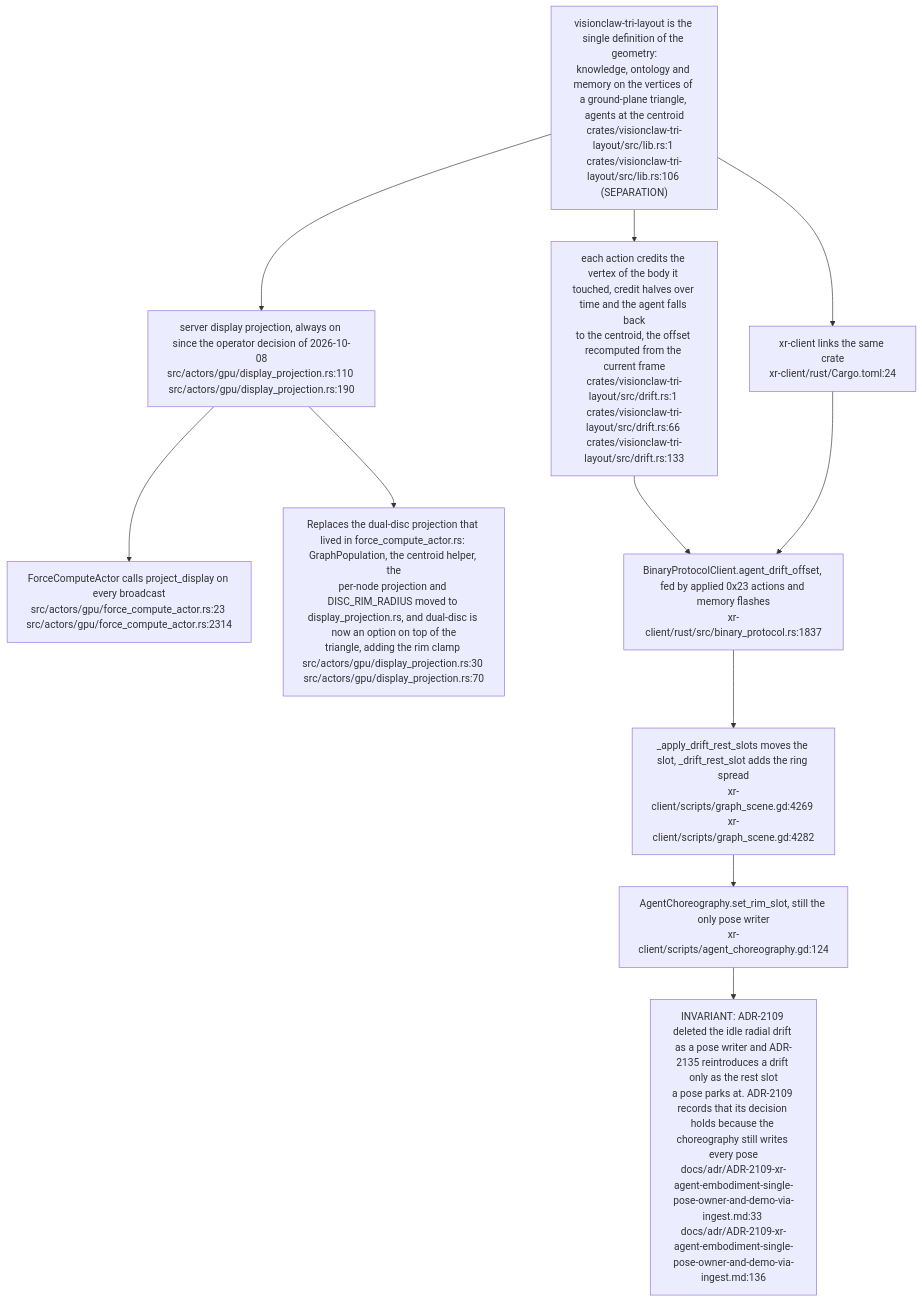
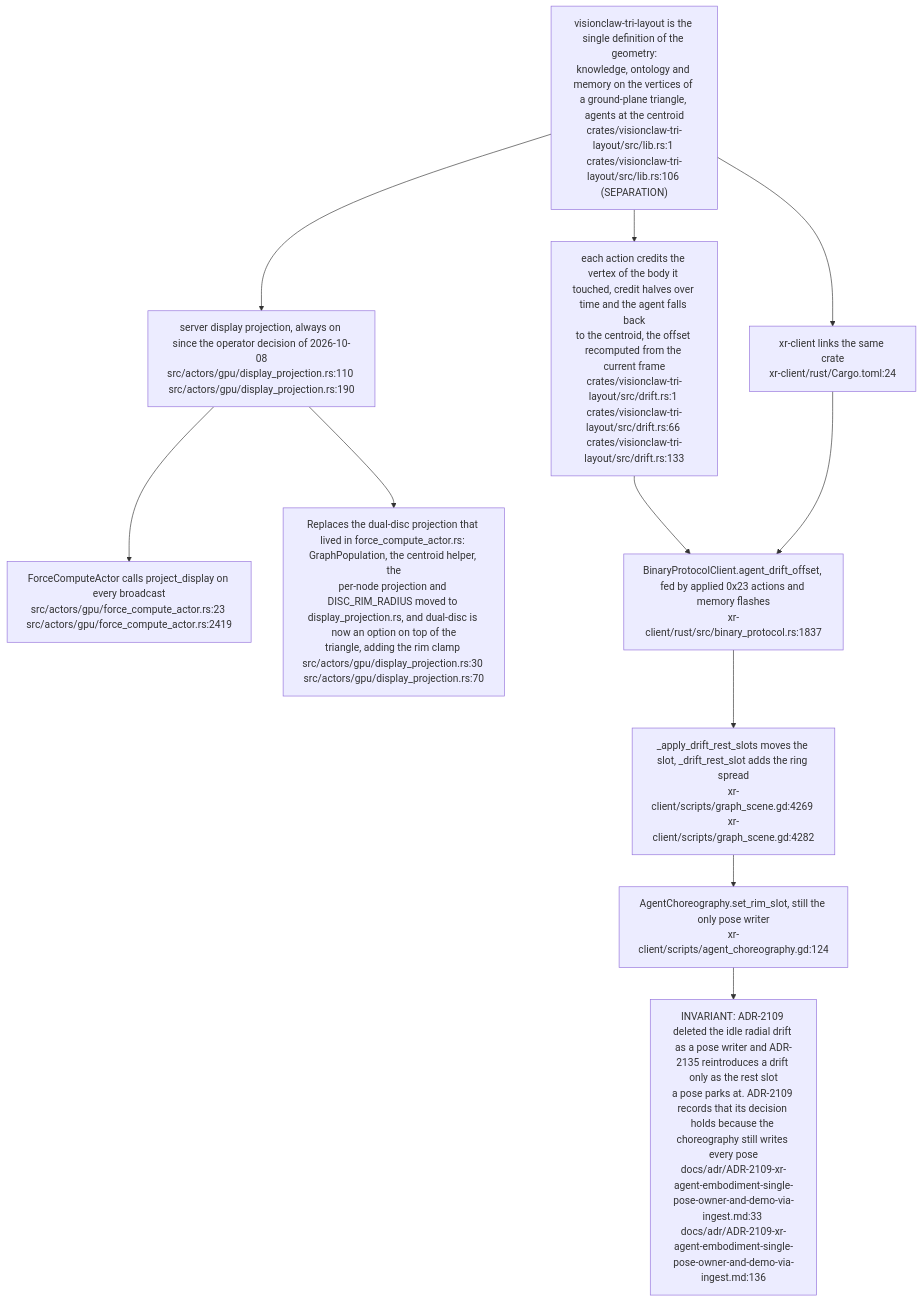
Diagram 25 of 30 in docs/diagrams/visionclaw/36-godot-xr-client.md (DreamLab-AI/VisionFlow), drawn with Mermaid before and after one commit. The commit also changed other lines of this file and 81 other files, not shown here.

First line of the commit message:
docs(diagrams): roll VisionClaw topics to main 010e1109b (PR 37 and 38 merged); fix remaining prose citations

````diff
--- a/docs/diagrams/visionclaw/36-godot-xr-client.md
+++ b/docs/diagrams/visionclaw/36-godot-xr-client.md
@@ -1290,21 +1290,21 @@
 ```mermaid
 flowchart TB
     TRI["visionclaw-tri-layout is the single definition of the geometry:<br/>knowledge, ontology and memory on the vertices of a ground-plane triangle, agents at the centroid<br/>crates/visionclaw-tri-layout/src/lib.rs:1 crates/visionclaw-tri-layout/src/lib.rs:106 (SEPARATION)"]
     SRV["server display projection, always on since the operator decision of 2026-10-08<br/>src/actors/gpu/display_projection.rs:110 src/actors/gpu/display_projection.rs:190"]
-    FCA["ForceComputeActor calls project_display on every broadcast<br/>src/actors/gpu/force_compute_actor.rs:23 src/actors/gpu/force_compute_actor.rs:2314"]
+    FCA["ForceComputeActor calls project_display on every broadcast<br/>src/actors/gpu/force_compute_actor.rs:23 src/actors/gpu/force_compute_actor.rs:2419"]
     DRIFT["each action credits the vertex of the body it touched, credit halves over time and the agent falls back<br/>to the centroid, the offset recomputed from the current frame<br/>crates/visionclaw-tri-layout/src/drift.rs:1 crates/visionclaw-tri-layout/src/drift.rs:66 crates/visionclaw-tri-layout/src/drift.rs:133"]
     CLI["xr-client links the same crate<br/>xr-client/rust/Cargo.toml:24"]
     BPC["BinaryProtocolClient.agent_drift_offset, fed by applied 0x23 actions and memory flashes<br/>xr-client/rust/src/binary_protocol.rs:1837"]
     SLOT["_apply_drift_rest_slots moves the slot, _drift_rest_slot adds the ring spread<br/>xr-client/scripts/graph_scene.gd:4269 xr-client/scripts/graph_scene.gd:4282"]
     CH["AgentChoreography.set_rim_slot, still the only pose writer<br/>xr-client/scripts/agent_choreography.gd:124"]
 
     TRI --> SRV --> FCA
     TRI --> DRIFT
     TRI --> CLI --> BPC
     DRIFT --> BPC --> SLOT --> CH
 
     N1["Replaces the dual-disc projection that lived in force_compute_actor.rs: GraphPopulation, the centroid helper, the<br/>per-node projection and DISC_RIM_RADIUS moved to display_projection.rs, and dual-disc is now an option on top of the<br/>triangle, adding the rim clamp src/actors/gpu/display_projection.rs:30 src/actors/gpu/display_projection.rs:70"]
     N2["INVARIANT: ADR-2109 deleted the idle radial drift as a pose writer and ADR-2135 reintroduces a drift only as the rest slot<br/>a pose parks at. ADR-2109 records that its decision holds because the choreography still writes every pose<br/>docs/adr/ADR-2109-xr-agent-embodiment-single-pose-owner-and-demo-via-ingest.md:33 docs/adr/ADR-2109-xr-agent-embodiment-single-pose-owner-and-demo-via-ingest.md:136"]
     CH --> N2
     SRV --> N1
 ```
````
